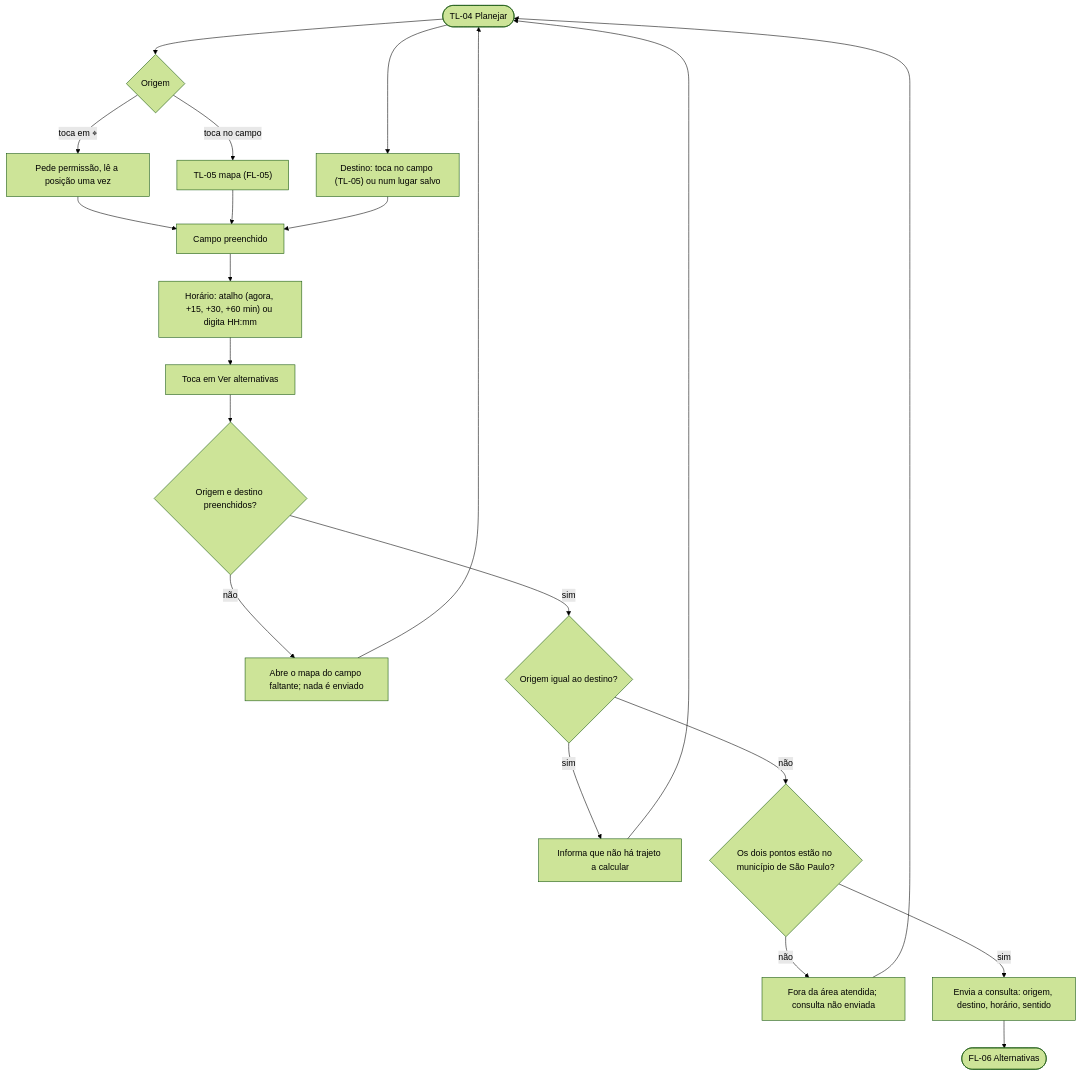
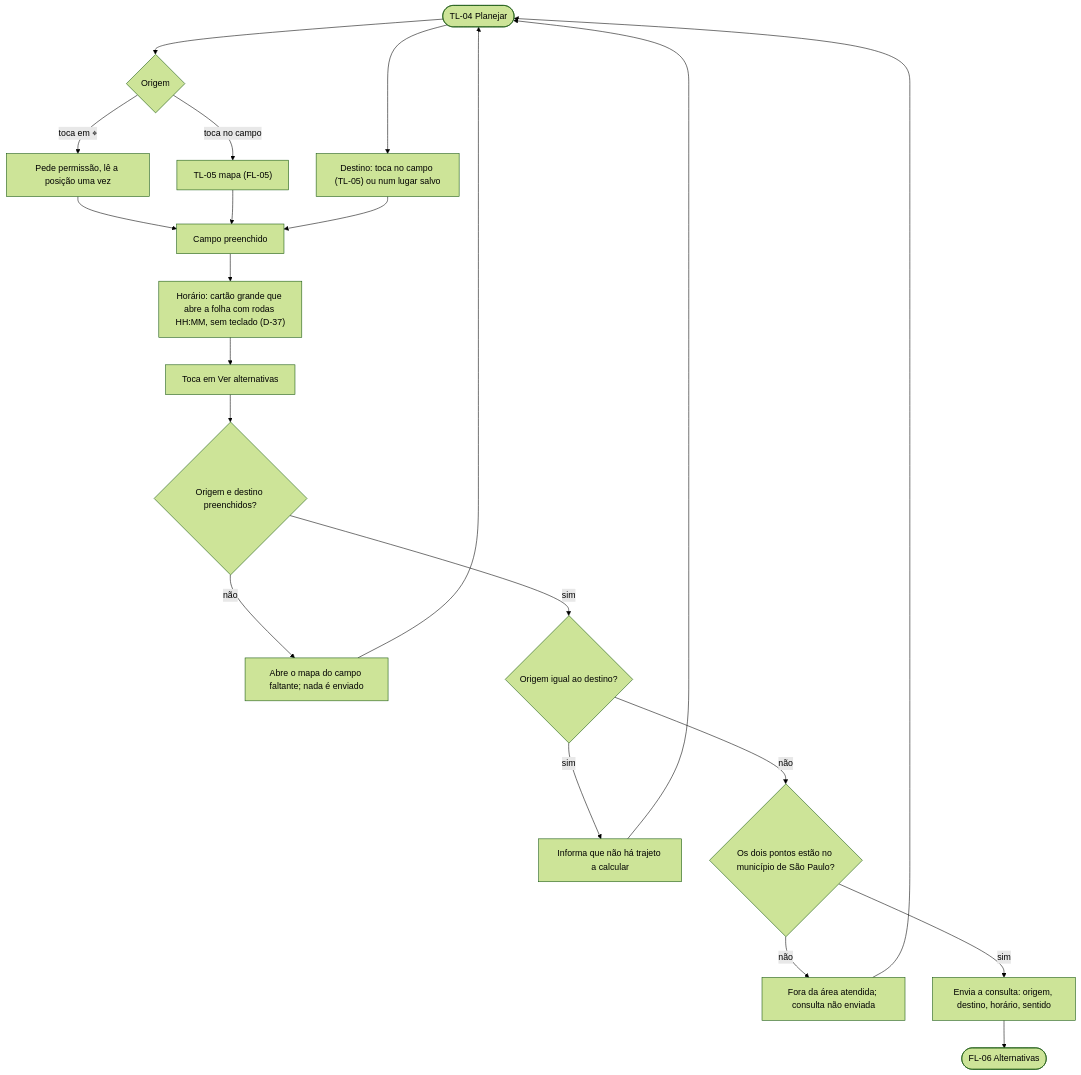
The diagram in docs/app-map/03_fluxogramas/FL-04_planejar_ida.md (VoltaSegura/voltasegura), drawn with Mermaid (forest theme) before and after one commit. The commit also changed other lines of this file and 111 other files, not shown here.

````diff
--- a/docs/app-map/03_fluxogramas/FL-04_planejar_ida.md
+++ b/docs/app-map/03_fluxogramas/FL-04_planejar_ida.md
@@ -11,23 +11,23 @@
 ```mermaid
 flowchart TD
     S(["TL-04 Planejar"]) --> ORI{"Origem"}
     ORI -- "toca no campo" --> FL05A["TL-05 mapa (FL-05)"]
     ORI -- "toca em ⌖" --> GPS["Pede permissão, lê a posição uma vez"]
     GPS --> PRE
     FL05A --> PRE["Campo preenchido"]
     S --> DES["Destino: toca no campo (TL-05) ou num lugar salvo"]
     DES --> PRE
-    PRE --> HOR["Horário: atalho (agora, +15, +30, +60 min) ou digita HH:mm"]
+    PRE --> HOR["Horário: cartão grande que abre a folha com rodas HH:MM, sem teclado (D-37)"]
     HOR --> PED["Toca em Ver alternativas"]
     PED --> V1{"Origem e destino preenchidos?"}
     V1 -- "não" --> E1["Abre o mapa do campo faltante; nada é enviado"]
     E1 --> S
     V1 -- "sim" --> V2{"Origem igual ao destino?"}
     V2 -- "sim" --> E2["Informa que não há trajeto a calcular"]
     E2 --> S
     V2 -- "não" --> V3{"Os dois pontos estão no município de São Paulo?"}
     V3 -- "não" --> E3["Fora da área atendida; consulta não enviada"]
     E3 --> S
     V3 -- "sim" --> ENVIA["Envia a consulta: origem, destino, horário, sentido"]
     ENVIA --> FL06(["FL-06 Alternativas"])
 ```
````
